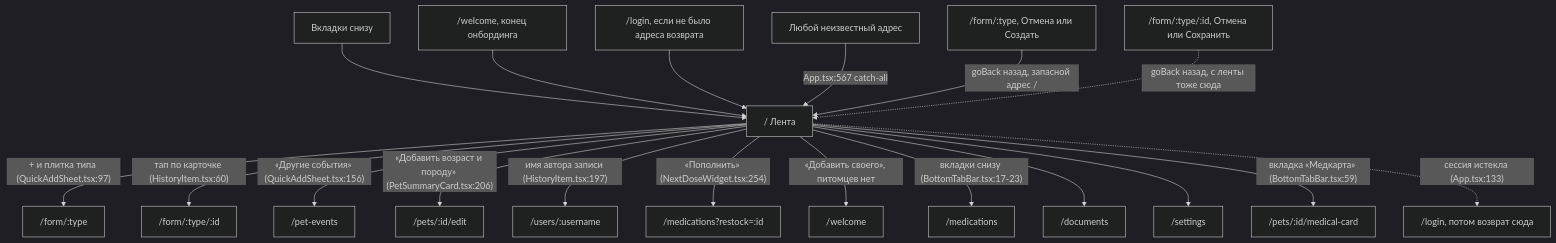
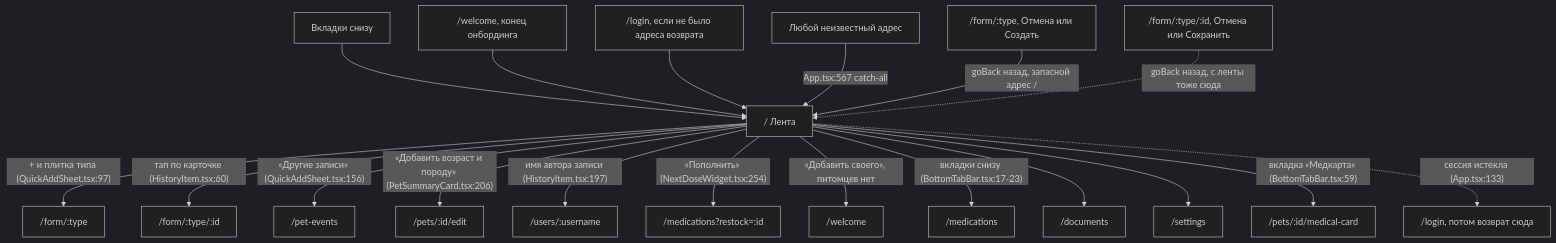
The diagram in docs/ux/dashboard.md (aa-blinov/petzy), drawn with Mermaid (dark theme) before and after one commit. The commit also changed other lines of this file and 31 other files, not shown here.

````diff
--- a/docs/ux/dashboard.md
+++ b/docs/ux/dashboard.md
@@ -41,22 +41,22 @@
 ```mermaid
 graph TD
   вход1["Вкладки снизу"] --> Лента["/ Лента"]
   онбординг["/welcome, конец онбординга"] --> Лента
   вход3["/login, если не было адреса возврата"] --> Лента
   звезда["Любой неизвестный адрес"] -->|"App.tsx:567 catch-all"| Лента
   форма1["/form/:type, Отмена или Создать"] -->|"goBack назад, запасной адрес /"| Лента
   форма2["/form/:type/:id, Отмена или Сохранить"] -.->|"goBack назад, с ленты тоже сюда"| Лента
 
   Лента -->|"+ и плитка типа (QuickAddSheet.tsx:97)"| форма3["/form/:type"]
   Лента -->|"тап по карточке (HistoryItem.tsx:60)"| форма4["/form/:type/:id"]
-  Лента -->|"«Другие события» (QuickAddSheet.tsx:156)"| плитки["/pet-events"]
+  Лента -->|"«Другие записи» (QuickAddSheet.tsx:156)"| плитки["/pet-events"]
   Лента -->|"«Добавить возраст и породу» (PetSummaryCard.tsx:206)"| питомец["/pets/:id/edit"]
   Лента -->|"имя автора записи (HistoryItem.tsx:197)"| профиль["/users/:username"]
   Лента -->|"«Пополнить» (NextDoseWidget.tsx:254)"| лекарства["/medications?restock=:id"]
   Лента -->|"«Добавить своего», питомцев нет"| онбординг2["/welcome"]
   Лента -->|"вкладки снизу (BottomTabBar.tsx:17-23)"| лекарства2["/medications"]
   Лента --> документы["/documents"]
   Лента --> настройки["/settings"]
   Лента -->|"вкладка «Медкарта» (BottomTabBar.tsx:59)"| медкарта["/pets/:id/medical-card"]
   Лента -.->|"сессия истекла (App.tsx:133)"| вход4["/login, потом возврат сюда"]
 ```
````
